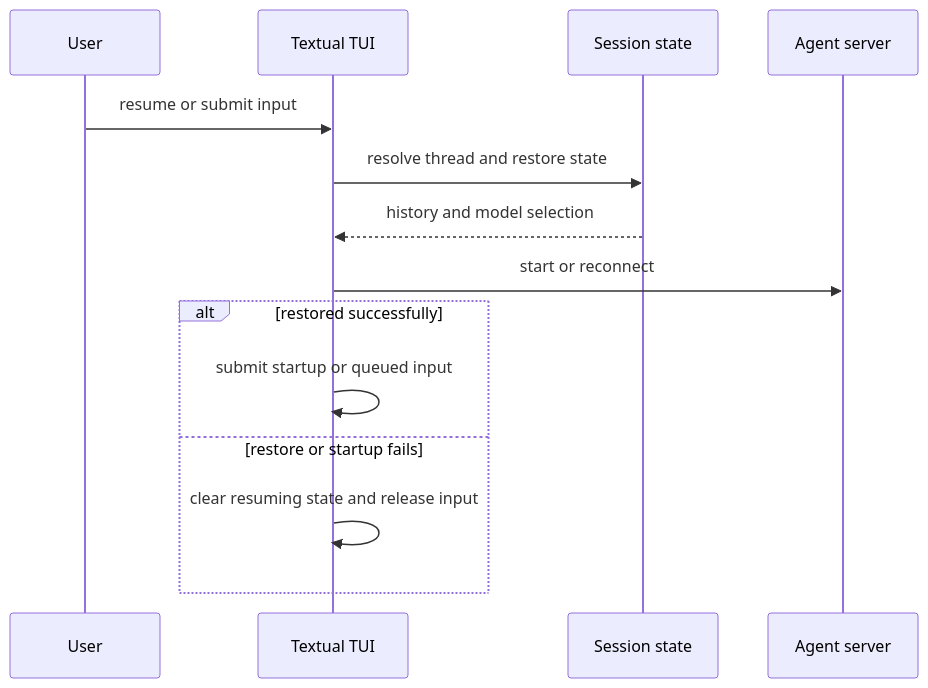
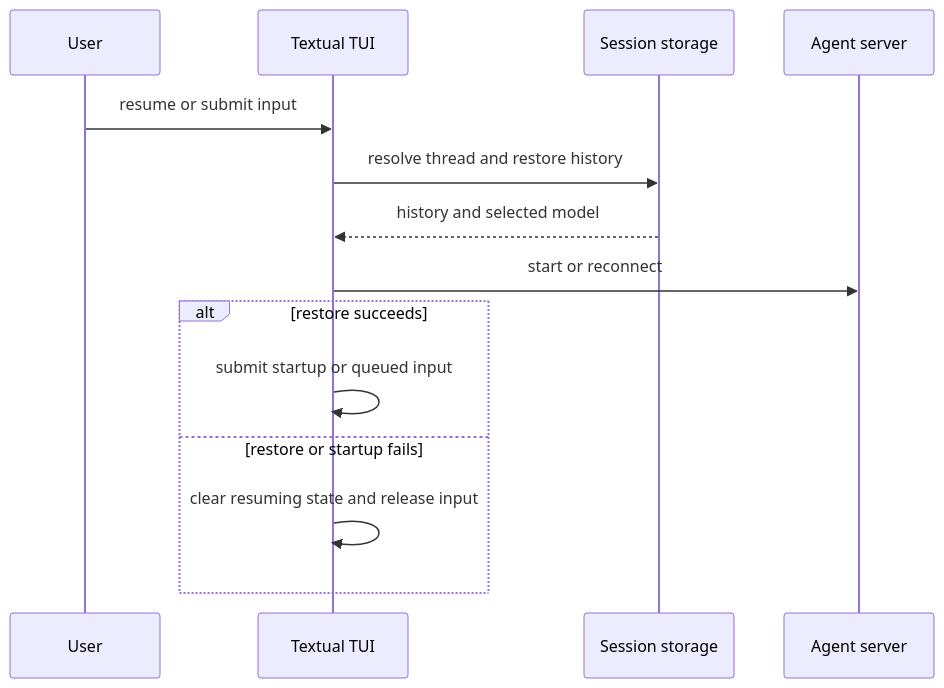
Before and after one commit to langchain-ai/deepagents: the second of 2 diagrams in openwiki/testing/testing-guide.md, drawn with Mermaid. The commit also changed other lines of this file and 55 other files, not shown here.

````diff
--- a/openwiki/testing/testing-guide.md
+++ b/openwiki/testing/testing-guide.md
@@ -110,16 +154,16 @@
 ```mermaid
 sequenceDiagram
     participant User
     participant TUI as Textual TUI
-    participant Session as Session state
+    participant Sessions as Session storage
     participant Agent as Agent server
     User->>TUI: resume or submit input
-    TUI->>Session: resolve thread and restore state
-    Session-->>TUI: history and model selection
+    TUI->>Sessions: resolve thread and restore history
+    Sessions-->>TUI: history and selected model
     TUI->>Agent: start or reconnect
-    alt restored successfully
+    alt restore succeeds
         TUI->>TUI: submit startup or queued input
     else restore or startup fails
         TUI->>TUI: clear resuming state and release input
     end
 ```
````
